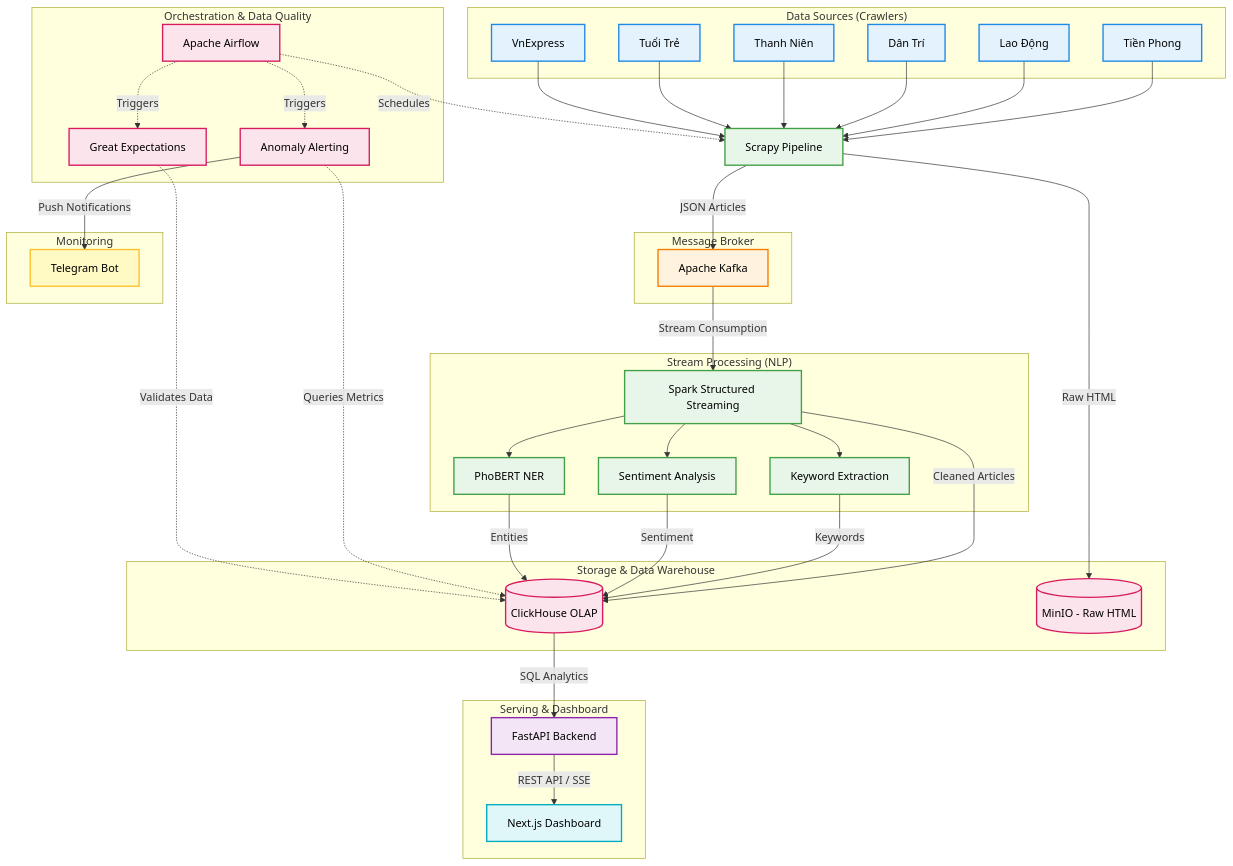
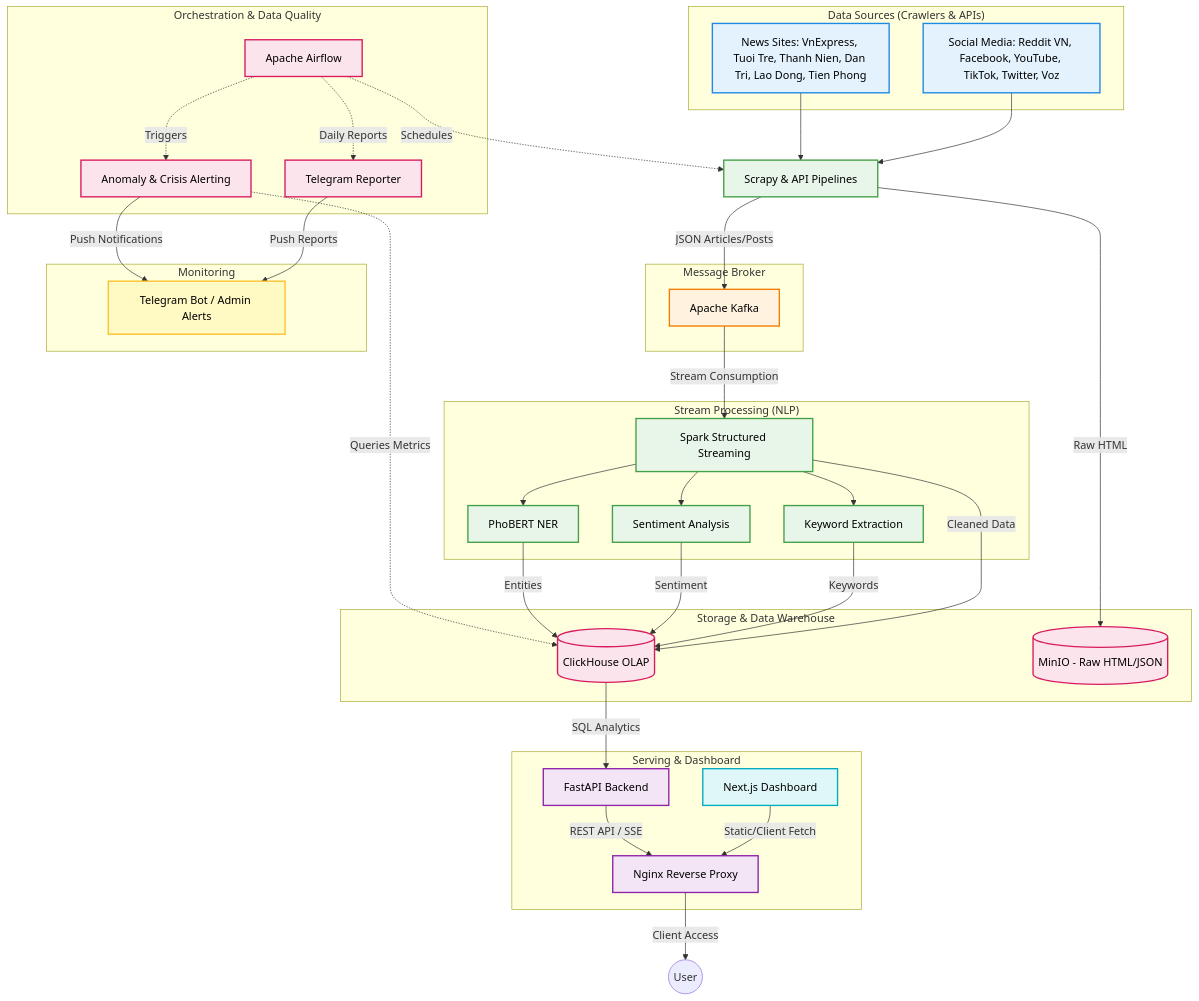
Before and after one commit to hquan07/News_Flow: the diagram in README.md, drawn with Mermaid. The commit also changed other lines of this file and 1 other file, not shown here.

Commit message:
docs: update system architecture diagram and feature list

````diff
--- a/README.md
+++ b/README.md
@@ -37,18 +38,14 @@
 ```mermaid
 flowchart TD
-    subgraph "Data Sources (Crawlers)"
-        A[VnExpress]
-        B[Tuổi Trẻ]
-        C[Thanh Niên]
-        C1[Dân Trí]
-        C2[Lao Động]
-        C3[Tiền Phong]
+    subgraph "Data Sources (Crawlers & APIs)"
+        A[News Sites: VnExpress, Tuoi Tre, Thanh Nien, Dan Tri, Lao Dong, Tien Phong]
+        SM[Social Media: Reddit VN, Facebook, YouTube, TikTok, Twitter, Voz]
     end
 
     subgraph "Orchestration & Data Quality"
         O[Apache Airflow]
-        GX[Great Expectations]
-        AL[Anomaly Alerting]
+        AL[Anomaly & Crisis Alerting]
+        TR[Telegram Reporter]
     end
 
     subgraph "Message Broker"
@@ -64,34 +61,31 @@
 
     subgraph "Storage & Data Warehouse"
         J[(ClickHouse OLAP)]
-        K[(MinIO - Raw HTML)]
+        K[(MinIO - Raw HTML/JSON)]
     end
 
     subgraph "Serving & Dashboard"
+        NX[Nginx Reverse Proxy]
         L[FastAPI Backend]
         M[Next.js Dashboard]
     end
     
     subgraph "Monitoring"
-        T[Telegram Bot]
+        T[Telegram Bot / Admin Alerts]
     end
 
-    D[Scrapy Pipeline]
+    D[Scrapy & API Pipelines]
 
     O -.->|Schedules| D
-    O -.->|Triggers| GX
     O -.->|Triggers| AL
-    GX -.->|Validates Data| J
+    O -.->|Daily Reports| TR
     AL -.->|Queries Metrics| J
     AL -->|Push Notifications| T
+    TR -->|Push Reports| T
 
     A --> D
-    B --> D
-    C --> D
-    C1 --> D
-    C2 --> D
-    C3 --> D
-    D -->|JSON Articles| E
+    SM --> D
+    D -->|JSON Articles/Posts| E
     D -->|Raw HTML| K
     E -->|Stream Consumption| F
     F --> G
@@ -100,9 +94,11 @@
     G -->|Entities| J
     H -->|Sentiment| J
     I -->|Keywords| J
-    F -->|Cleaned Articles| J
+    F -->|Cleaned Data| J
     J -->|SQL Analytics| L
-    L -->|REST API / SSE| M
+    L -->|REST API / SSE| NX
+    M -->|Static/Client Fetch| NX
+    NX -->|Client Access| User((User))
 
     classDef source fill:#e3f2fd,stroke:#1e88e5,stroke-width:2px,color:#000;
     classDef broker fill:#fff3e0,stroke:#f57c00,stroke-width:2px,color:#000;
@@ -113,12 +109,13 @@
     classDef orchestrator fill:#fce4ec,stroke:#d81b60,stroke-width:2px,color:#000;
     classDef monitor fill:#fff9c4,stroke:#fbc02d,stroke-width:2px,color:#000;
 
-    class A,B,C,C1,C2,C3 source;
+    class A,SM source;
     class E broker;
     class D,F,G,H,I processing;
     class J,K storage;
     class L api;
     class M frontend;
-    class O,GX,AL orchestrator;
+    class NX api;
+    class O,AL,TR orchestrator;
     class T monitor;
 ```
````
